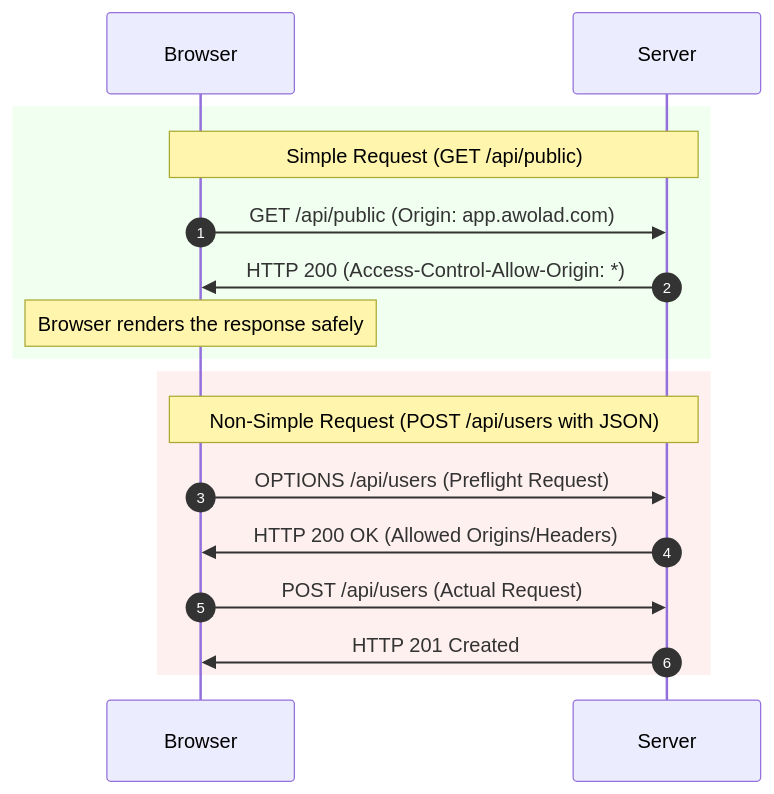
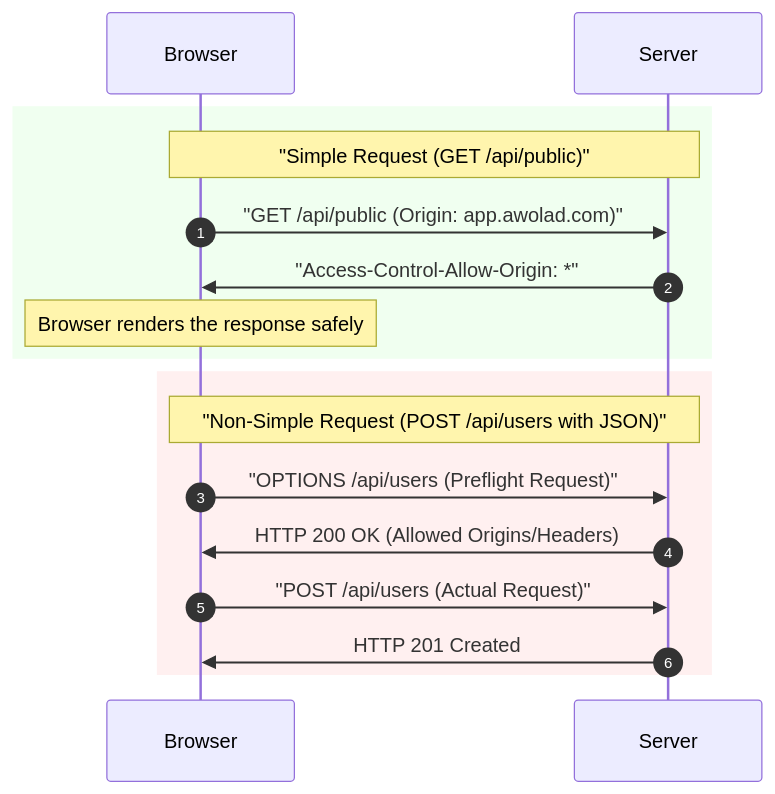
Diagram 18 of 41 in content/networking.md (awoladhossain/awolad-docs), drawn with Mermaid before and after one commit. The commit also changed other lines of this file, not shown here.

Commit message:
fix: sanitize all sequence diagrams in networking.md by escaping special characters and declaring participants to avoid browser rendering errors

````diff
--- a/content/networking.md
+++ b/content/networking.md
@@ -670,17 +670,17 @@
 ```mermaid
 sequenceDiagram
     autonumber
     rect rgb(240, 255, 240)
-        Note over Browser, Server: Simple Request (GET /api/public)
-        Browser->>Server: GET /api/public (Origin: app.awolad.com)
-        Server->>Browser: HTTP 200 (Access-Control-Allow-Origin: *)
+        Note over Browser, Server: "Simple Request (GET /api/public)"
+        Browser->>Server: "GET /api/public (Origin: app.awolad.com)"
+        Server->>Browser: "Access-Control-Allow-Origin: *"
         Note over Browser: Browser renders the response safely
     end
     rect rgb(255, 240, 240)
-        Note over Browser, Server: Non-Simple Request (POST /api/users with JSON)
-        Browser->>Server: OPTIONS /api/users (Preflight Request)
+        Note over Browser, Server: "Non-Simple Request (POST /api/users with JSON)"
+        Browser->>Server: "OPTIONS /api/users (Preflight Request)"
         Server->>Browser: HTTP 200 OK (Allowed Origins/Headers)
-        Browser->>Server: POST /api/users (Actual Request)
+        Browser->>Server: "POST /api/users (Actual Request)"
         Server->>Browser: HTTP 201 Created
     end
 ```
````
